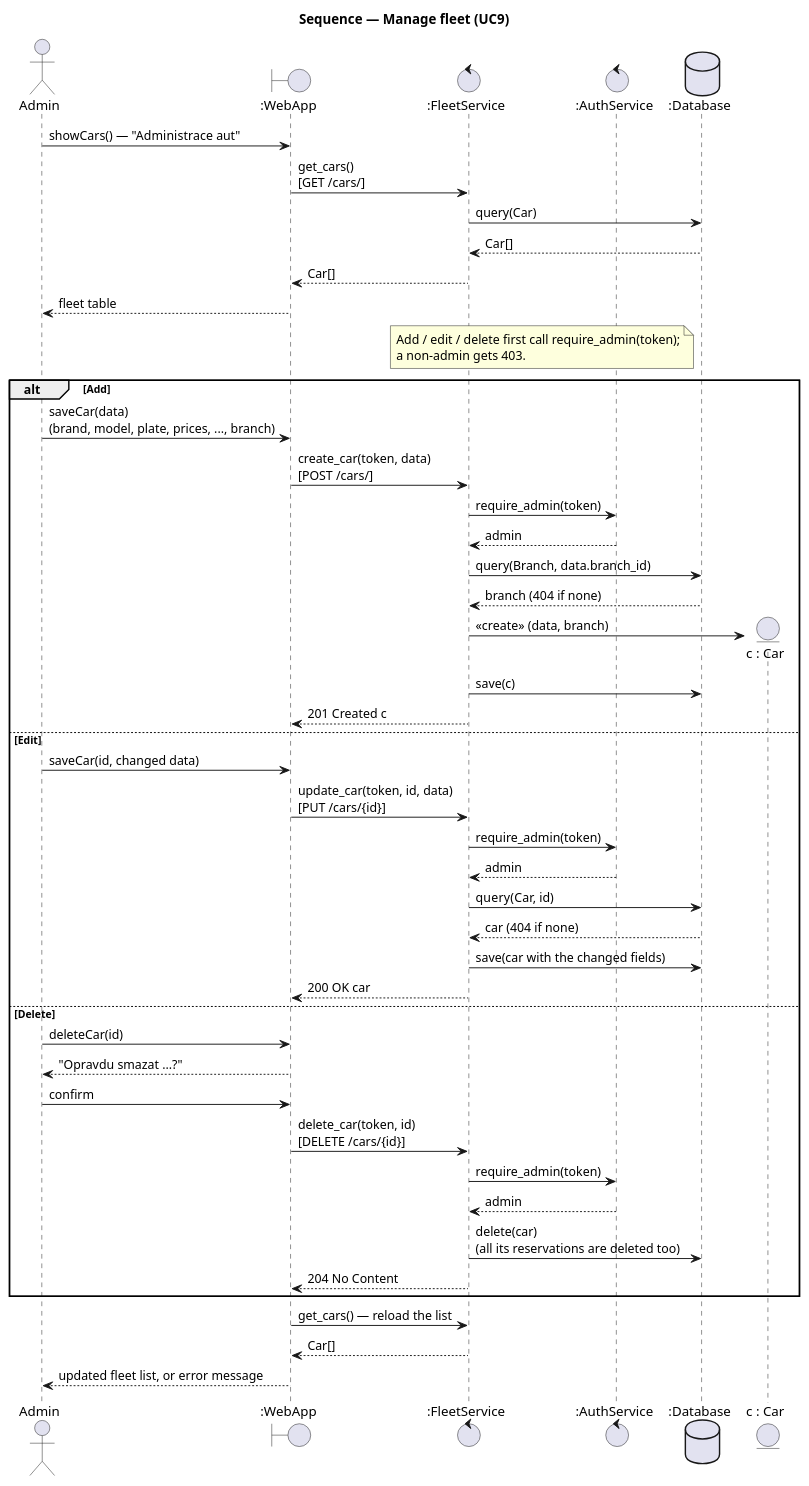
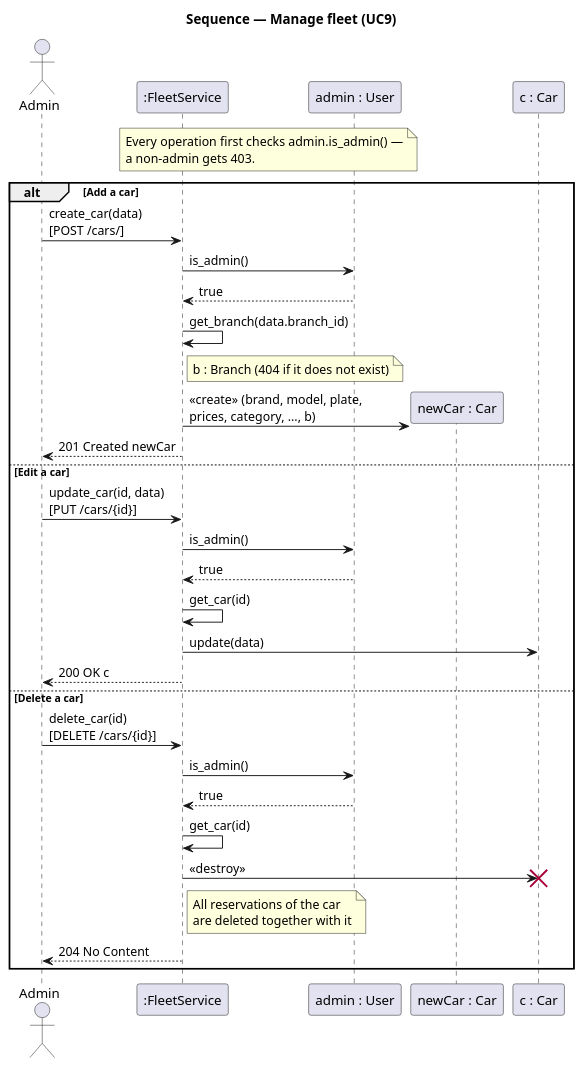
One commit to DavidMagyarics/CarRentalVSB changed the diagram in docs/diagrams/sequence-manage-fleet.puml. Above: the diagram before and after it, drawn with PlantUML. The commit also changed 13 other files, not shown here.

Commit message:
docs: draw the sequence diagrams in the lecture style, with the domain objects as the main participants

```diff
--- a/docs/diagrams/sequence-manage-fleet.puml
+++ b/docs/diagrams/sequence-manage-fleet.puml
@@ -1,59 +1,46 @@
 @startuml sequence-manage-fleet
 skinparam backgroundColor white
 skinparam responseMessageBelowArrow true
 skinparam maxMessageSize 260
 title Sequence — Manage fleet (UC9)
 actor Admin
-boundary ":WebApp" as Web
-control ":FleetService" as Fleet
-control ":AuthService" as Auth
-database ":Database" as DB
-entity "c : Car" as C
+participant ":FleetService" as Fleet
+participant "admin : User" as A
+participant "newCar : Car" as N
+participant "c : Car" as C
 
-Admin -> Web : showCars() — "Administrace aut"
-Web -> Fleet : get_cars()\n[GET /cars/]
-Fleet -> DB : query(Car)
-DB --> Fleet : Car[]
-Fleet --> Web : Car[]
-Web --> Admin : fleet table
-
-note over Fleet, Auth
-  Add / edit / delete first call require_admin(token);
+note over Fleet, A
+  Every operation first checks admin.is_admin() —
   a non-admin gets 403.
 end note
 
-alt Add
-  Admin -> Web : saveCar(data)\n(brand, model, plate, prices, ..., branch)
-  Web -> Fleet : create_car(token, data)\n[POST /cars/]
-  Fleet -> Auth : require_admin(token)
-  Auth --> Fleet : admin
-  Fleet -> DB : query(Branch, data.branch_id)
-  DB --> Fleet : branch (404 if none)
-  create C
-  Fleet -> C : <<create>> (data, branch)
-  Fleet -> DB : save(c)
-  Fleet --> Web : 201 Created c
-else Edit
-  Admin -> Web : saveCar(id, changed data)
-  Web -> Fleet : update_car(token, id, data)\n[PUT /cars/{id}]
-  Fleet -> Auth : require_admin(token)
-  Auth --> Fleet : admin
-  Fleet -> DB : query(Car, id)
-  DB --> Fleet : car (404 if none)
-  Fleet -> DB : save(car with the changed fields)
-  Fleet --> Web : 200 OK car
-else Delete
-  Admin -> Web : deleteCar(id)
-  Web --> Admin : "Opravdu smazat ...?"
-  Admin -> Web : confirm
-  Web -> Fleet : delete_car(token, id)\n[DELETE /cars/{id}]
-  Fleet -> Auth : require_admin(token)
-  Auth --> Fleet : admin
-  Fleet -> DB : delete(car)\n(all its reservations are deleted too)
-  Fleet --> Web : 204 No Content
+alt Add a car
+  Admin -> Fleet : create_car(data)\n[POST /cars/]
+  Fleet -> A : is_admin()
+  A --> Fleet : true
+  Fleet -> Fleet : get_branch(data.branch_id)
+  note right of Fleet : b : Branch (404 if it does not exist)
+  create N
+  Fleet -> N : <<create>> (brand, model, plate,\nprices, category, ..., b)
+  Fleet --> Admin : 201 Created newCar
+else Edit a car
+  Admin -> Fleet : update_car(id, data)\n[PUT /cars/{id}]
+  Fleet -> A : is_admin()
+  A --> Fleet : true
+  Fleet -> Fleet : get_car(id)
+  Fleet -> C : update(data)
+  Fleet --> Admin : 200 OK c
+else Delete a car
+  Admin -> Fleet : delete_car(id)\n[DELETE /cars/{id}]
+  Fleet -> A : is_admin()
+  A --> Fleet : true
+  Fleet -> Fleet : get_car(id)
+  Fleet -> C : <<destroy>>
+  destroy C
+  note right of Fleet
+    All reservations of the car
+    are deleted together with it
+  end note
+  Fleet --> Admin : 204 No Content
 end
-
-Web -> Fleet : get_cars() — reload the list
-Fleet --> Web : Car[]
-Web --> Admin : updated fleet list, or error message
 @enduml
```
